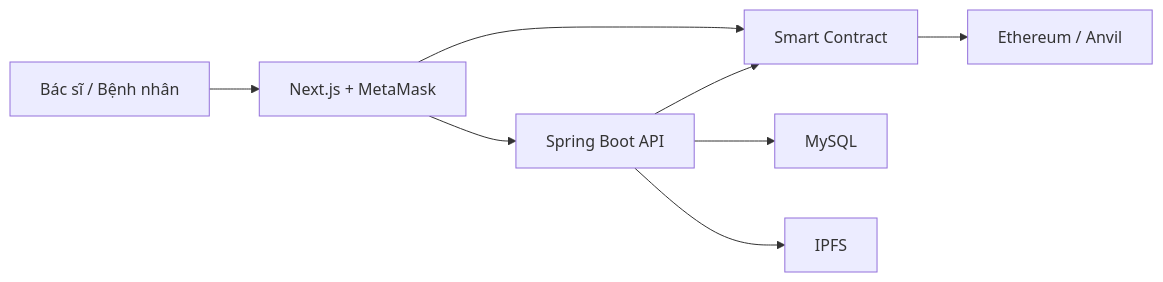
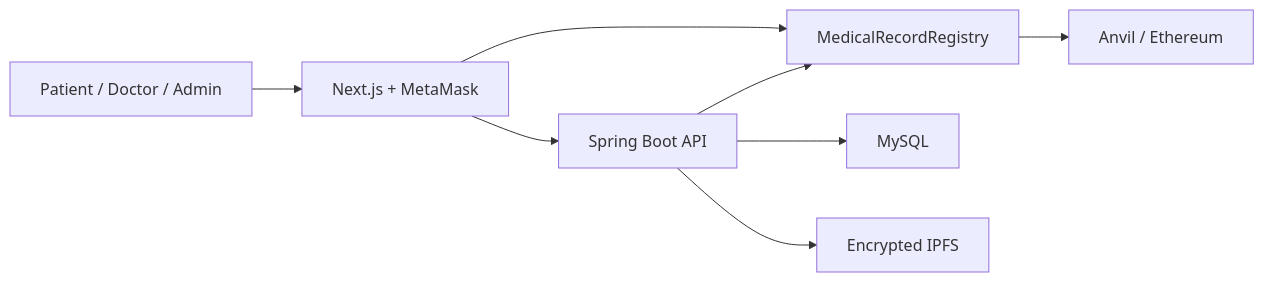
The diagram in docs/architecture.md (anhkiet21/BlockChain_EMR), drawn with Mermaid before and after one commit. The commit also changed other lines of this file and 85 other files, not shown here.

````diff
--- a/docs/architecture.md
+++ b/docs/architecture.md
@@ -3,10 +3,10 @@
 ```mermaid
 flowchart LR
-    U["Bác sĩ / Bệnh nhân"] --> F["Next.js + MetaMask"]
+    U["Patient / Doctor / Admin"] --> F["Next.js + MetaMask"]
     F --> B["Spring Boot API"]
-    F --> C["Smart Contract"]
+    F --> C["MedicalRecordRegistry"]
     B --> D["MySQL"]
-    B --> I["IPFS"]
+    B --> I["Encrypted IPFS"]
     B --> C
-    C --> E["Ethereum / Anvil"]
+    C --> E["Anvil / Ethereum"]
 ```
````
